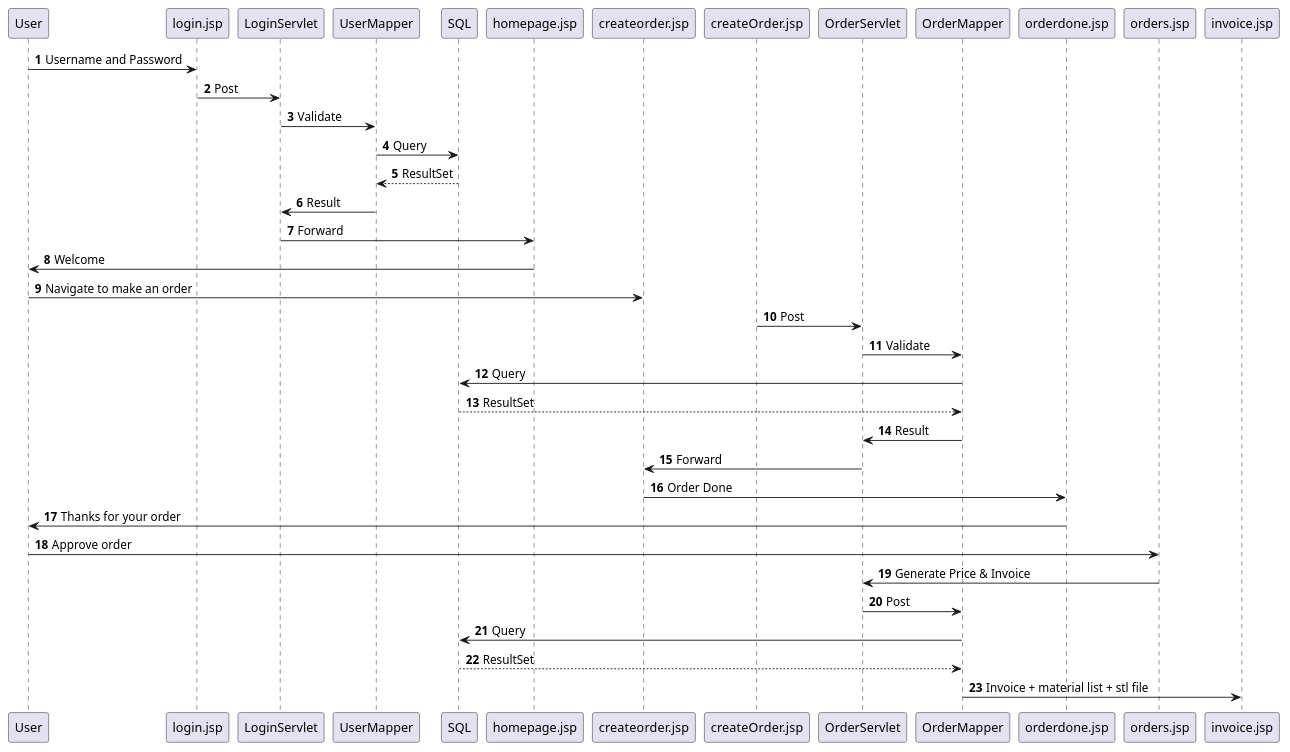
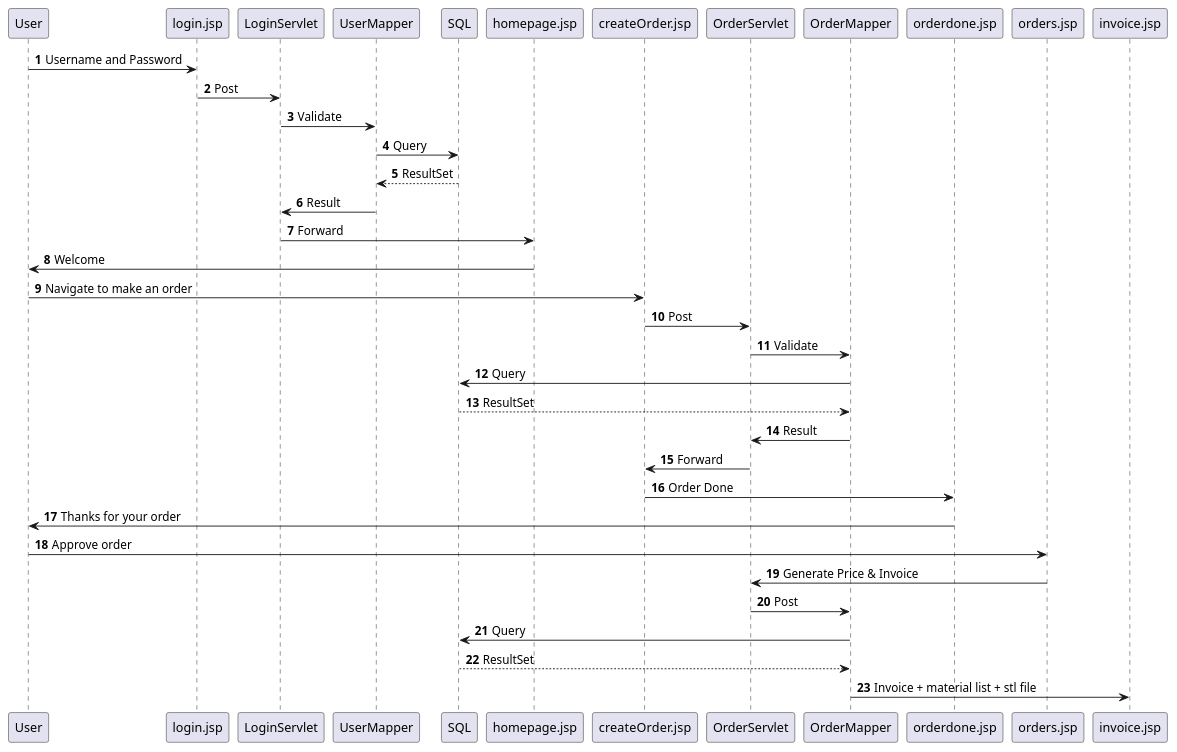
One commit to HeinLarsen/fog-carport changed the diagram in documentation/SqMockup.puml. Above: the diagram before and after it, drawn with PlantUML. The commit also changed 5 other files, not shown here.

Commit message:
Fixed NavigationsDiagrammer

```diff
--- a/documentation/SqMockup.puml
+++ b/documentation/SqMockup.puml
@@ -1,33 +1,33 @@
 @startuml
 'https://plantuml.com/sequence-diagram
 
 autonumber
 
 User -> login.jsp: Username and Password
 login.jsp -> LoginServlet: Post
 LoginServlet -> UserMapper: Validate
 UserMapper -> SQL: Query
 SQL --> UserMapper: ResultSet
 UserMapper -> LoginServlet: Result
 LoginServlet -> homepage.jsp: Forward
 homepage.jsp -> User: Welcome
 
-User -> createorder.jsp: Navigate to make an order
+User -> createOrder.jsp: Navigate to make an order
 createOrder.jsp -> OrderServlet: Post
 OrderServlet -> OrderMapper: Validate
 OrderMapper -> SQL: Query
 SQL --> OrderMapper: ResultSet
 OrderMapper -> OrderServlet: Result
-OrderServlet -> createorder.jsp: Forward
-createorder.jsp -> orderdone.jsp: Order Done
+OrderServlet -> createOrder.jsp: Forward
+createOrder.jsp -> orderdone.jsp: Order Done
 orderdone.jsp -> User: Thanks for your order
 
 User -> orders.jsp: Approve order
 orders.jsp -> OrderServlet: Generate Price & Invoice
 OrderServlet -> OrderMapper: Post
 OrderMapper -> SQL: Query
 SQL --> OrderMapper: ResultSet
 OrderMapper -> invoice.jsp: Invoice + material list + stl file
 
 
 @enduml
```
